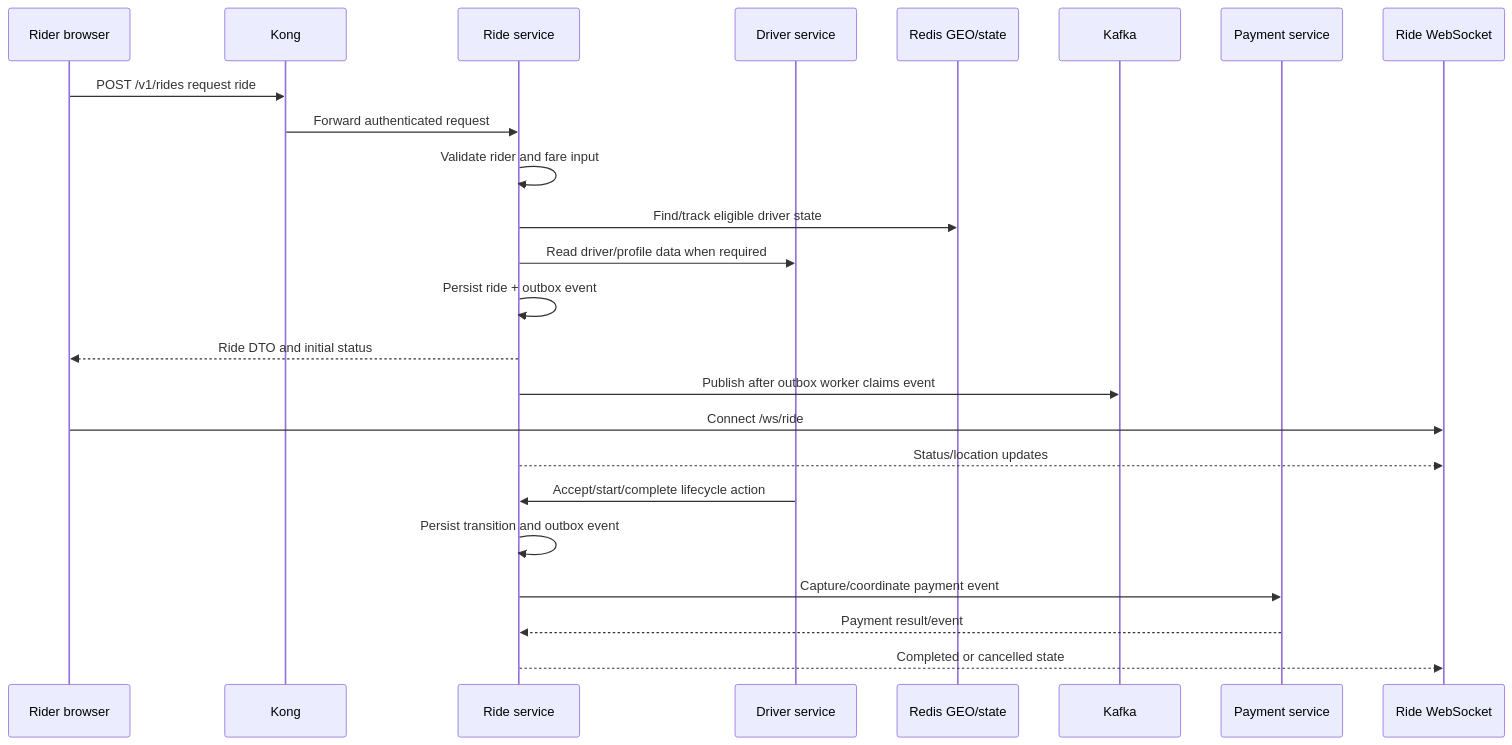
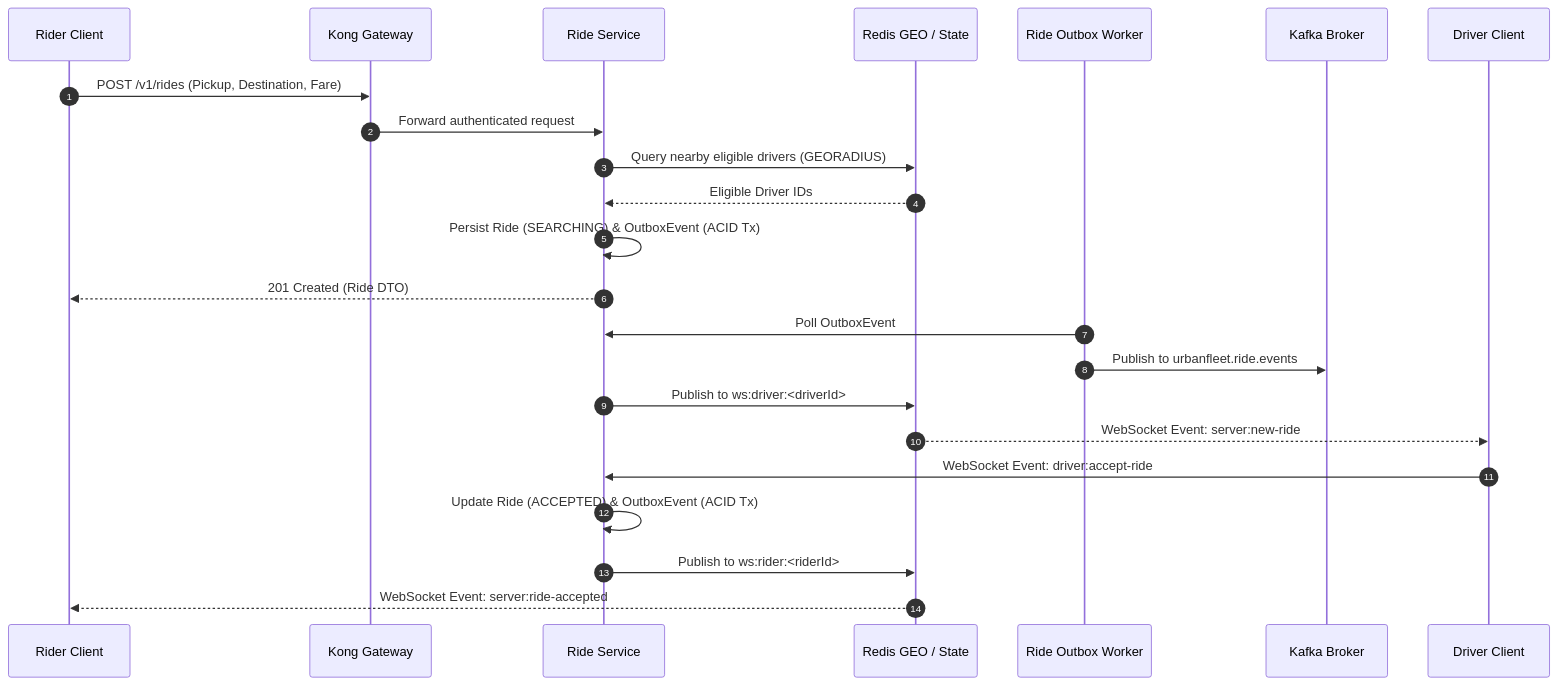
The second of 3 diagrams in README.md (akshaygupta9874/urbanfleet-project), drawn with Mermaid before and after one commit. The commit also changed other lines of this file and 72 other files, not shown here.

Commit message:
feat : redis pub sub for socket

````diff
--- a/README.md
+++ b/README.md
@@ -315,27 +282,29 @@
 ```mermaid
 sequenceDiagram
-  participant Rider as Rider browser
-  participant K as Kong
-  participant Ride as Ride service
-  participant Driver as Driver service
-  participant Redis as Redis GEO/state
-  participant Kafka as Kafka
-  participant Payment as Payment service
-  participant WS as Ride WebSocket
+    autonumber
+    participant Rider as Rider Client
+    participant Kong as Kong Gateway
+    participant Ride as Ride Service
+    participant Redis as Redis GEO / State
+    participant Outbox as Ride Outbox Worker
+    participant Kafka as Kafka Broker
+    participant Driver as Driver Client
 
-  Rider->>K: POST /v1/rides request ride
-  K->>Ride: Forward authenticated request
-  Ride->>Ride: Validate rider and fare input
-  Ride->>Redis: Find/track eligible driver state
-  Ride->>Driver: Read driver/profile data when required
-  Ride->>Ride: Persist ride + outbox event
-  Ride-->>Rider: Ride DTO and initial status
-  Ride->>Kafka: Publish after outbox worker claims event
-  Rider->>WS: Connect /ws/ride
-  Ride-->>WS: Status/location updates
-  Driver->>Ride: Accept/start/complete lifecycle action
-  Ride->>Ride: Persist transition and outbox event
-  Ride->>Payment: Capture/coordinate payment event
-  Payment-->>Ride: Payment result/event
-  Ride-->>WS: Completed or cancelled state
+    Rider->>Kong: POST /v1/rides (Pickup, Destination, Fare)
+    Kong->>Ride: Forward authenticated request
+    Ride->>Redis: Query nearby eligible drivers (GEORADIUS)
+    Redis-->>Ride: Eligible Driver IDs
+    Ride->>Ride: Persist Ride (SEARCHING) & OutboxEvent (ACID Tx)
+    Ride-->>Rider: 201 Created (Ride DTO)
+    
+    Outbox->>Ride: Poll OutboxEvent
+    Outbox->>Kafka: Publish to urbanfleet.ride.events
+    
+    Ride->>Redis: Publish to ws:driver:<driverId>
+    Redis-->>Driver: WebSocket Event: server:new-ride
+    
+    Driver->>Ride: WebSocket Event: driver:accept-ride
+    Ride->>Ride: Update Ride (ACCEPTED) & OutboxEvent (ACID Tx)
+    Ride->>Redis: Publish to ws:rider:<riderId>
+    Redis-->>Rider: WebSocket Event: server:ride-accepted
 ```
````
